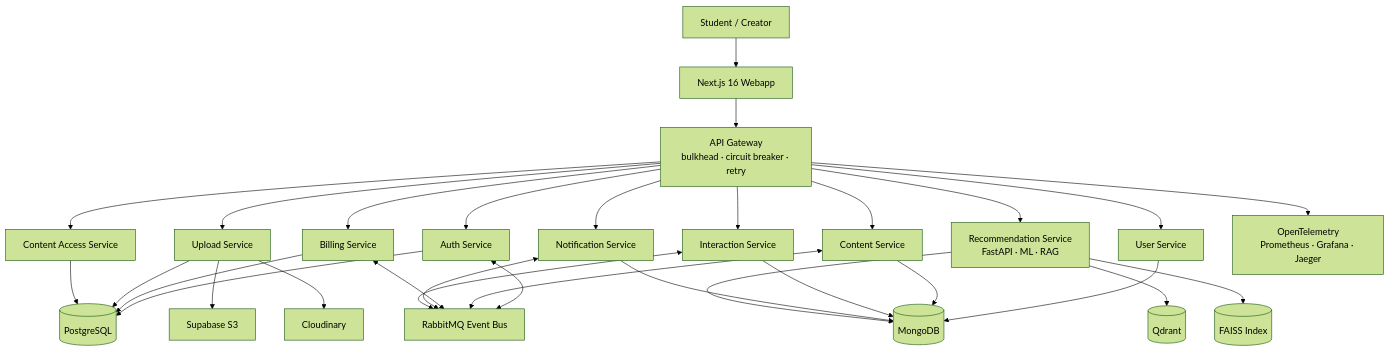
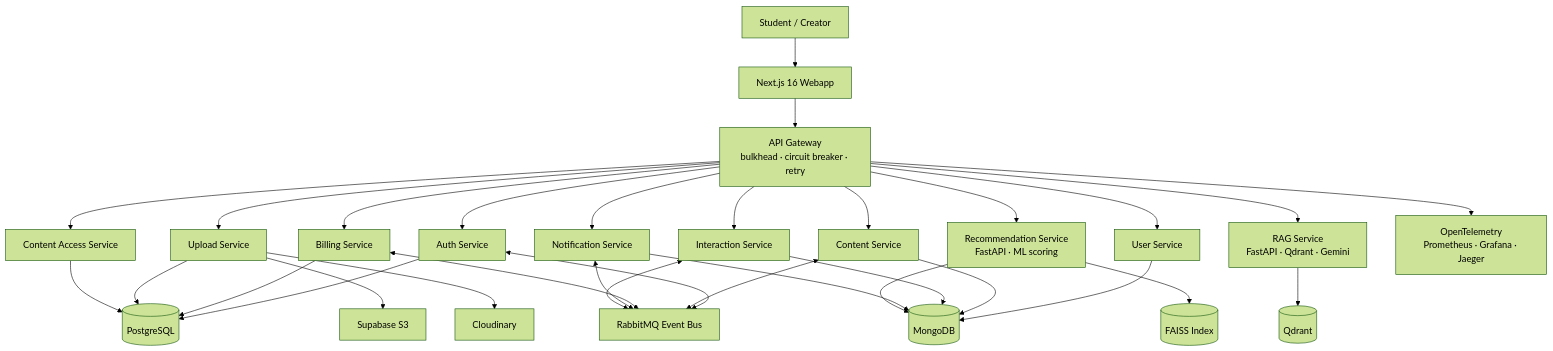
The diagram in README.md (khovan123/buddy), drawn with Mermaid (forest theme) before and after one commit. The commit also changed other lines of this file and 30 other files, not shown here.

````diff
--- a/README.md
+++ b/README.md
@@ -78,39 +79,40 @@
 ```mermaid
 flowchart TB
   User[Student / Creator] --> Web[Next.js 16 Webapp]
   Web --> Gateway[API Gateway<br/>bulkhead · circuit breaker · retry]
 
   Gateway --> Auth[Auth Service]
   Gateway --> UserSvc[User Service]
   Gateway --> Content[Content Service]
   Gateway --> Upload[Upload Service]
   Gateway --> Billing[Billing Service]
   Gateway --> Access[Content Access Service]
   Gateway --> Interaction[Interaction Service]
   Gateway --> Notify[Notification Service]
-  Gateway --> Recommend[Recommendation Service<br/>FastAPI · ML · RAG]
+  Gateway --> Recommend[Recommendation Service<br/>FastAPI · ML scoring]
+  Gateway --> Rag[RAG Service<br/>FastAPI · Qdrant · Gemini]
 
   Auth --> Postgres[(PostgreSQL)]
   Billing --> Postgres
   Upload --> Postgres
   Access --> Postgres
 
   UserSvc --> Mongo[(MongoDB)]
   Content --> Mongo
   Interaction --> Mongo
   Notify --> Mongo
   Recommend --> Mongo
 
   Upload --> S3[Supabase S3]
   Upload --> Cloudinary[Cloudinary]
-  Recommend --> Qdrant[(Qdrant)]
   Recommend --> FAISS[(FAISS Index)]
+  Rag --> Qdrant[(Qdrant)]
 
   Auth <--> Rabbit[RabbitMQ Event Bus]
   Content <--> Rabbit
   Billing <--> Rabbit
   Notify <--> Rabbit
   Interaction <--> Rabbit
 
   Gateway --> Observability[OpenTelemetry<br/>Prometheus · Grafana · Jaeger]
 ```
````
